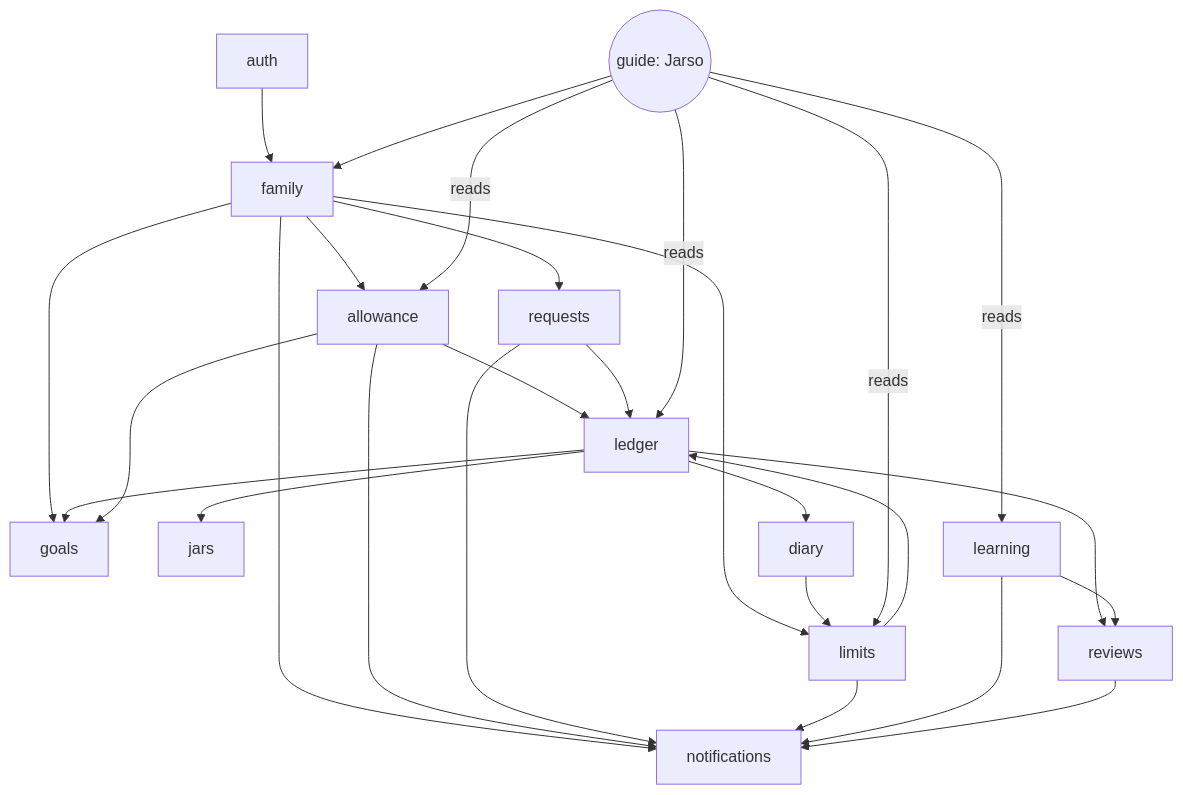
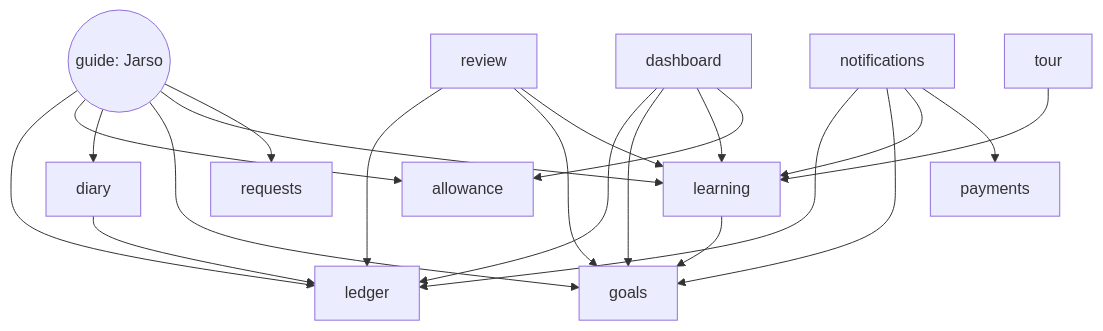
One commit to harisshakeel/Jarso changed the second of 7 diagrams in docs/architecture.md. Above: the diagram before and after it, drawn with Mermaid. The commit also changed other lines of this file and 40 other files, not shown here.

````diff
--- a/docs/architecture.md
+++ b/docs/architecture.md
@@ -137,29 +179,23 @@
 ```mermaid
 flowchart TD
-  auth --> family
-  family --> allowance
-  family --> requests
-  family --> limits
-  family --> goals
-  family --> notifications
-  ledger --> jars
-  ledger --> diary
-  ledger --> goals
-  ledger --> reviews
-  allowance --> ledger
-  allowance --> notifications
-  allowance --> goals
-  requests --> ledger
-  requests --> notifications
-  limits --> ledger
-  limits --> notifications
-  diary --> limits
-  learning --> reviews
-  learning --> notifications
-  reviews --> notifications
-  guide(("guide: Jarso")) -->|reads| learning
-  guide -->|reads| ledger
-  guide -->|reads| allowance
-  guide -->|reads| limits
-  guide --> family
+  diary --> ledger
+  learning --> goals
+  review --> ledger
+  review --> goals
+  review --> learning
+  dashboard --> ledger
+  dashboard --> goals
+  dashboard --> learning
+  dashboard --> allowance
+  notifications --> ledger
+  notifications --> goals
+  notifications --> learning
+  notifications --> payments
+  tour --> learning
+  guide(("guide: Jarso")) --> ledger
+  guide --> allowance
+  guide --> diary
+  guide --> goals
+  guide --> learning
+  guide --> requests
 ```
````
